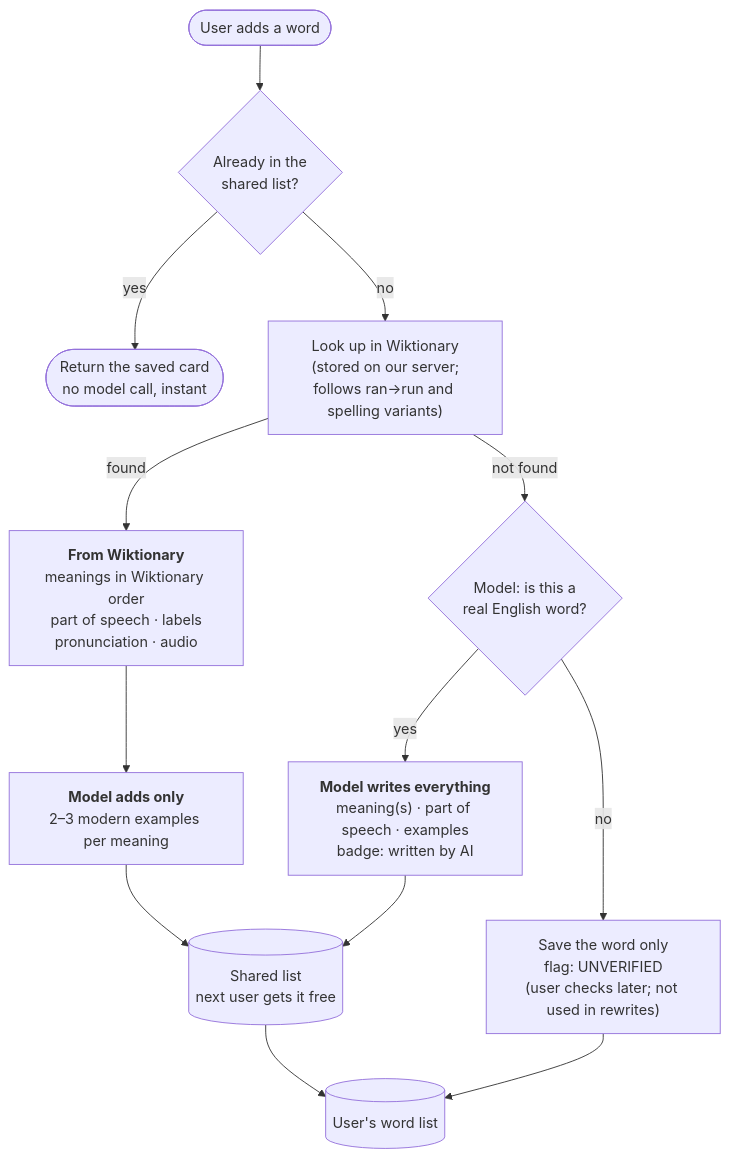
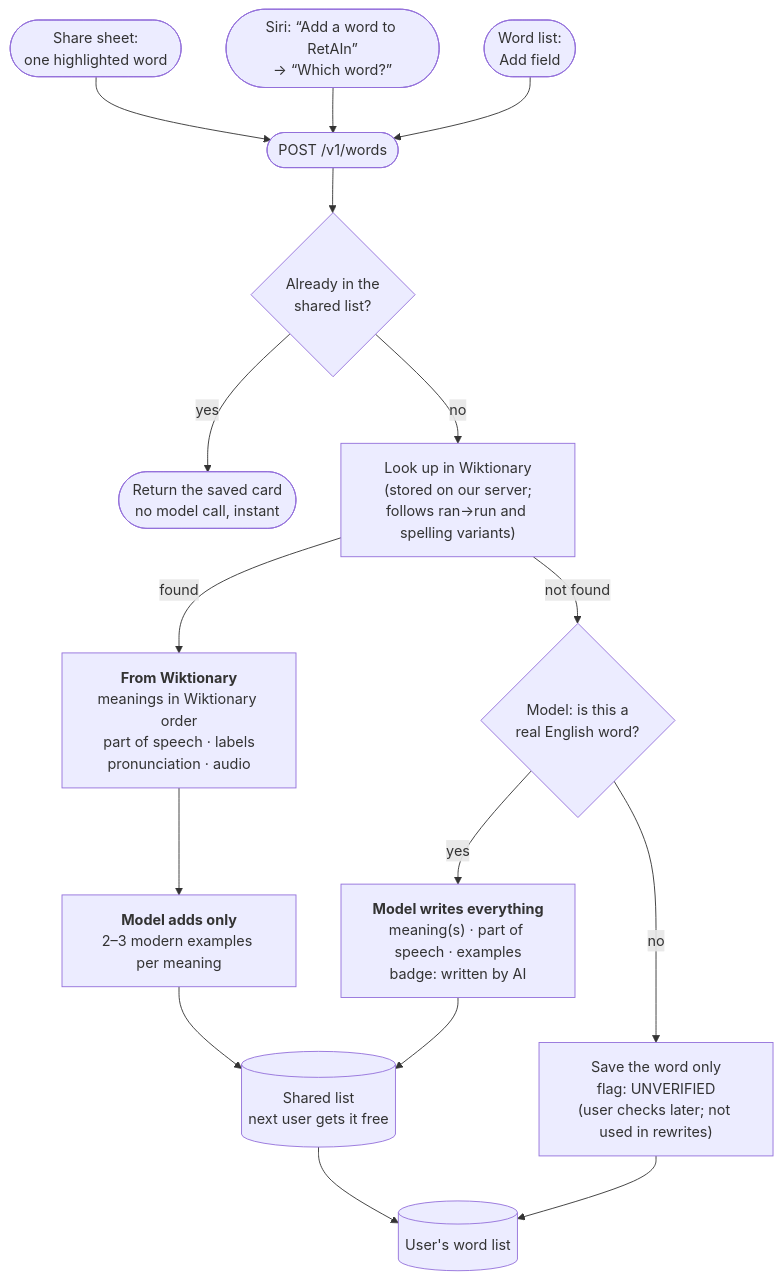
The diagram in diagrams/word-capture-flow.md (nurgazik/RetAIn), drawn with Mermaid before and after one commit. The commit also changed other lines of this file and 9 other files, not shown here.

Commit message:
Siri word capture (D50): AddWordIntent + App Shortcuts, shared one-word rule; TD-18 logged

````diff
--- a/diagrams/word-capture-flow.md
+++ b/diagrams/word-capture-flow.md
@@ -6,15 +6,18 @@
 ```mermaid
 flowchart TD
-    A([User adds a word]) --> B{Already in the<br/>shared list?}
+    SH([Share sheet:<br/>one highlighted word]) --> A
+    SI(["Siri: “Add a word to RetAIn”<br/>→ “Which word?”"]) --> A
+    WL([Word list:<br/>Add field]) --> A
+    A([POST /v1/words]) --> B{Already in the<br/>shared list?}
     B -- yes --> Z([Return the saved card<br/>no model call, instant])
     B -- no --> C["Look up in Wiktionary<br/>(stored on our server;<br/>follows ran→run and spelling variants)"]
     C -- found --> D["<b>From Wiktionary</b><br/>meanings in Wiktionary order<br/>part of speech · labels<br/>pronunciation · audio"]
     D --> E["<b>Model adds only</b><br/>2–3 modern examples per meaning"]
     C -- not found --> F{"Model: is this a<br/>real English word?"}
     F -- yes --> G["<b>Model writes everything</b><br/>meaning(s) · part of speech · examples<br/>badge: written by AI"]
     F -- no --> H["Save the word only<br/>flag: UNVERIFIED<br/>(user checks later; not used in rewrites)"]
     E --> S[("Shared list<br/>next user gets it free")]
     G --> S
     S --> U[("User's word list")]
     H --> U
 ```
````
